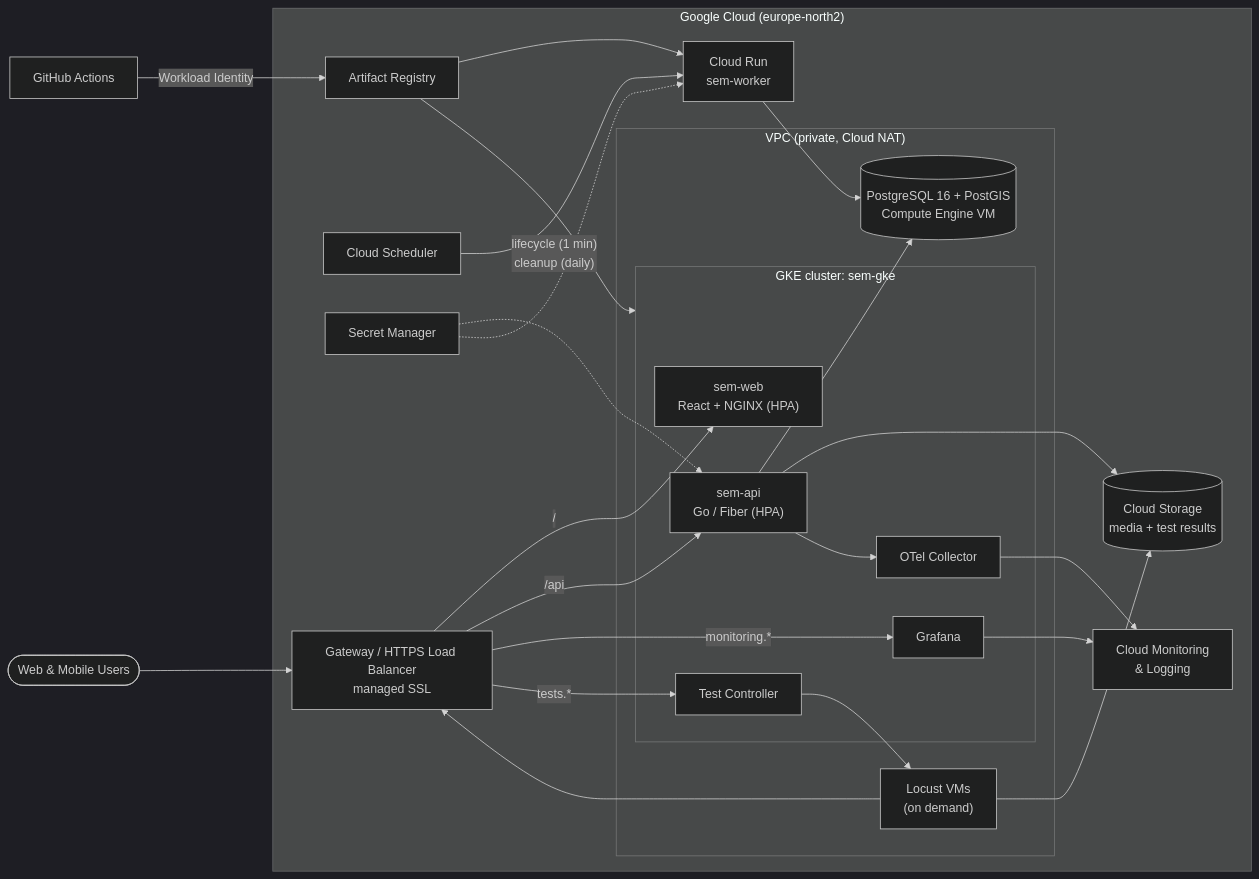
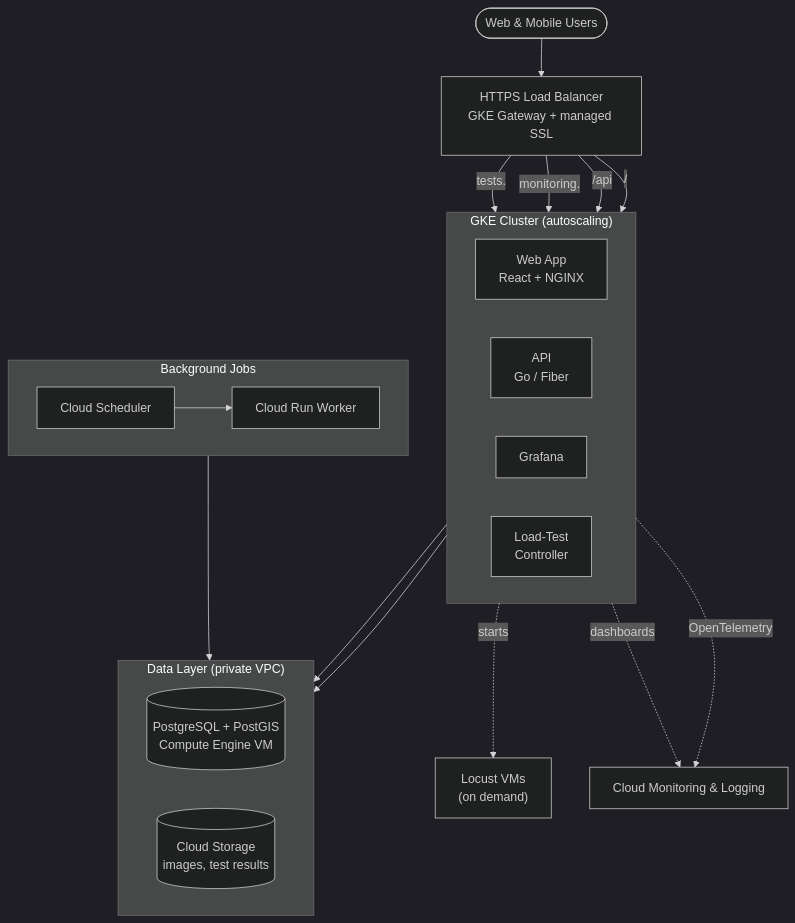
The first of 2 diagrams in README.md (kaanunsel/social-event-mapper), drawn with Mermaid (dark theme) before and after one commit. The commit also changed other lines of this file, not shown here.

Commit message:
docs: make README architecture diagram top-down and easier to follow

````diff
--- a/README.md
+++ b/README.md
@@ -12,51 +14,41 @@
 ```mermaid
-flowchart LR
+flowchart TD
     users(["Web & Mobile Users"])
-    gh["GitHub Actions"]
+    lb["HTTPS Load Balancer<br/>GKE Gateway + managed SSL"]
 
-    subgraph gcp["Google Cloud (europe-north2)"]
-        lb["Gateway / HTTPS Load Balancer<br/>managed SSL"]
-
-        subgraph vpc["VPC (private, Cloud NAT)"]
-            subgraph gke["GKE cluster: sem-gke"]
-                web["sem-web<br/>React + NGINX (HPA)"]
-                api["sem-api<br/>Go / Fiber (HPA)"]
-                otel["OTel Collector"]
-                grafana["Grafana"]
-                ctrl["Test Controller"]
-            end
-            db[("PostgreSQL 16 + PostGIS<br/>Compute Engine VM")]
-            locust["Locust VMs<br/>(on demand)"]
-        end
-
-        sched["Cloud Scheduler"]
-        worker["Cloud Run<br/>sem-worker"]
-        gcs[("Cloud Storage<br/>media + test results")]
-        secrets["Secret Manager"]
-        ar["Artifact Registry"]
-        ops["Cloud Monitoring<br/>& Logging"]
+    subgraph gke["GKE Cluster (autoscaling)"]
+        direction LR
+        web["Web App<br/>React + NGINX"]
+        api["API<br/>Go / Fiber"]
+        grafana["Grafana"]
+        ctrl["Load-Test<br/>Controller"]
     end
 
+    subgraph data["Data Layer (private VPC)"]
+        direction LR
+        db[("PostgreSQL + PostGIS<br/>Compute Engine VM")]
+        gcs[("Cloud Storage<br/>images, test results")]
+    end
+
+    subgraph jobs["Background Jobs"]
+        direction LR
+        sched["Cloud Scheduler"] --> worker["Cloud Run Worker"]
+    end
+
+    ops["Cloud Monitoring & Logging"]
+    locust["Locust VMs<br/>(on demand)"]
+
     users --> lb
-    lb -- "/" --> web
-    lb -- "/api" --> api
-    lb -- "monitoring.*" --> grafana
-    lb -- "tests.*" --> ctrl
+    lb -->|"/"| web
+    lb -->|"/api"| api
+    lb -->|"monitoring."| grafana
+    lb -->|"tests."| ctrl
 
     api --> db
     api --> gcs
-    sched -- "lifecycle (1 min)<br/>cleanup (daily)" --> worker
     worker --> db
 
-    api --> otel --> ops
-    grafana --> ops
-    ctrl --> locust
-    locust --> lb
-    locust --> gcs
-
-    gh -- "Workload Identity" --> ar
-    ar --> gke
-    ar --> worker
-    secrets -.-> api
-    secrets -.-> worker
+    api -.->|"OpenTelemetry"| ops
+    grafana -.->|"dashboards"| ops
+    ctrl -.->|"starts"| locust
 ```
````
